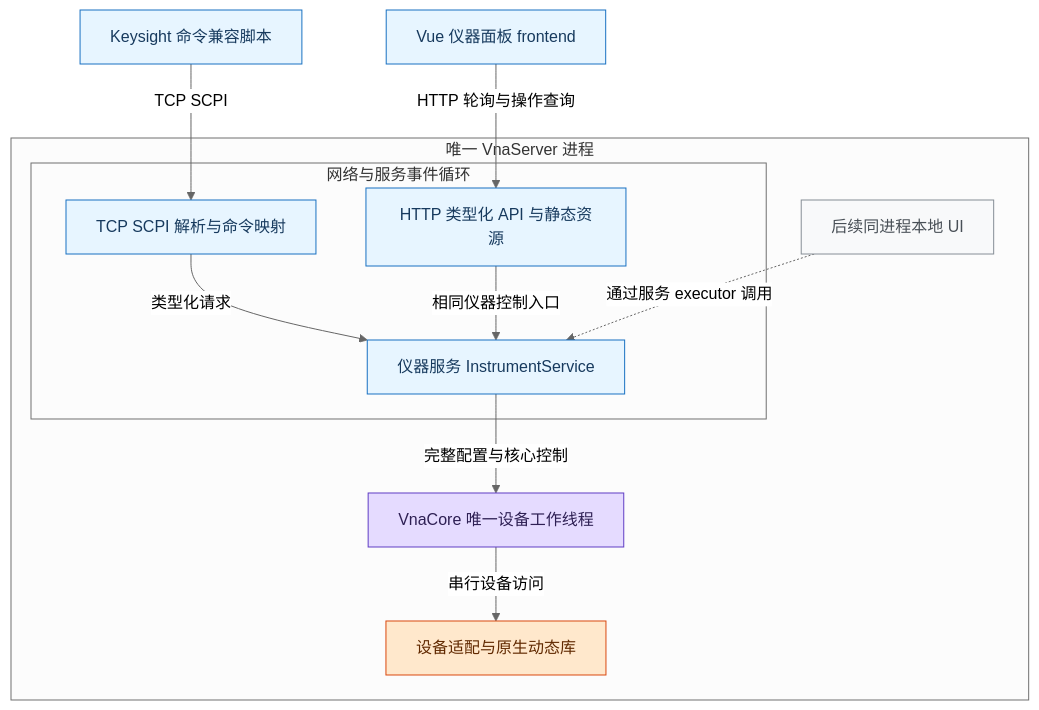
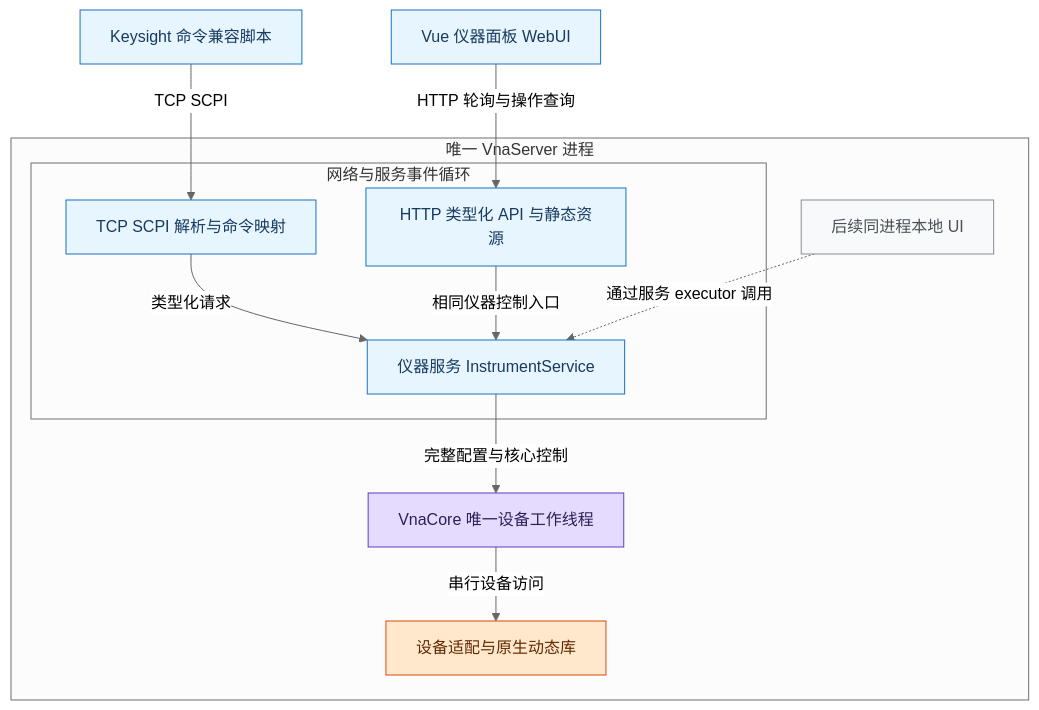
One commit to aniping/VnaPro changed the first of 4 diagrams in docs/网分服务与远程控制设计.md. Above: the diagram before and after it, drawn with Mermaid (neutral theme). The commit also changed other lines of this file and 49 other files, not shown here.

````diff
--- a/docs/网分服务与远程控制设计.md
+++ b/docs/网分服务与远程控制设计.md
@@ -29,30 +29,30 @@
 ```mermaid
 flowchart TB
     script["Keysight 命令兼容脚本"]
-    webui["Vue 仪器面板 frontend"]
+    webui["Vue 仪器面板 WebUI"]
     subgraph process["唯一 VnaServer 进程"]
         local["后续同进程本地 UI"]
         subgraph io["网络与服务事件循环"]
             scpi["TCP SCPI 解析与命令映射"]
             web["HTTP 类型化 API 与静态资源"]
             service["仪器服务 InstrumentService"]
             scpi -->|类型化请求| service
             web -->|相同仪器控制入口| service
         end
         core["VnaCore 唯一设备工作线程"]
         native["设备适配与原生动态库"]
         service -->|完整配置与核心控制| core
         core -->|串行设备访问| native
     end
     script -->|TCP SCPI| scpi
     webui -->|HTTP 轮询与操作查询| web
     local -.->|通过服务 executor 调用| service
     classDef current fill:#e7f5ff,stroke:#1971c2,color:#173a5e;
     classDef worker fill:#e5dbff,stroke:#5f3dc4,color:#2e2054;
     classDef future fill:#f8f9fa,stroke:#868e96,color:#495057;
     classDef device fill:#ffe8cc,stroke:#d9480f,color:#612900;
     class script,scpi,service,webui,web current;
     class core worker;
     class local future;
     class native device;
 ```
````
